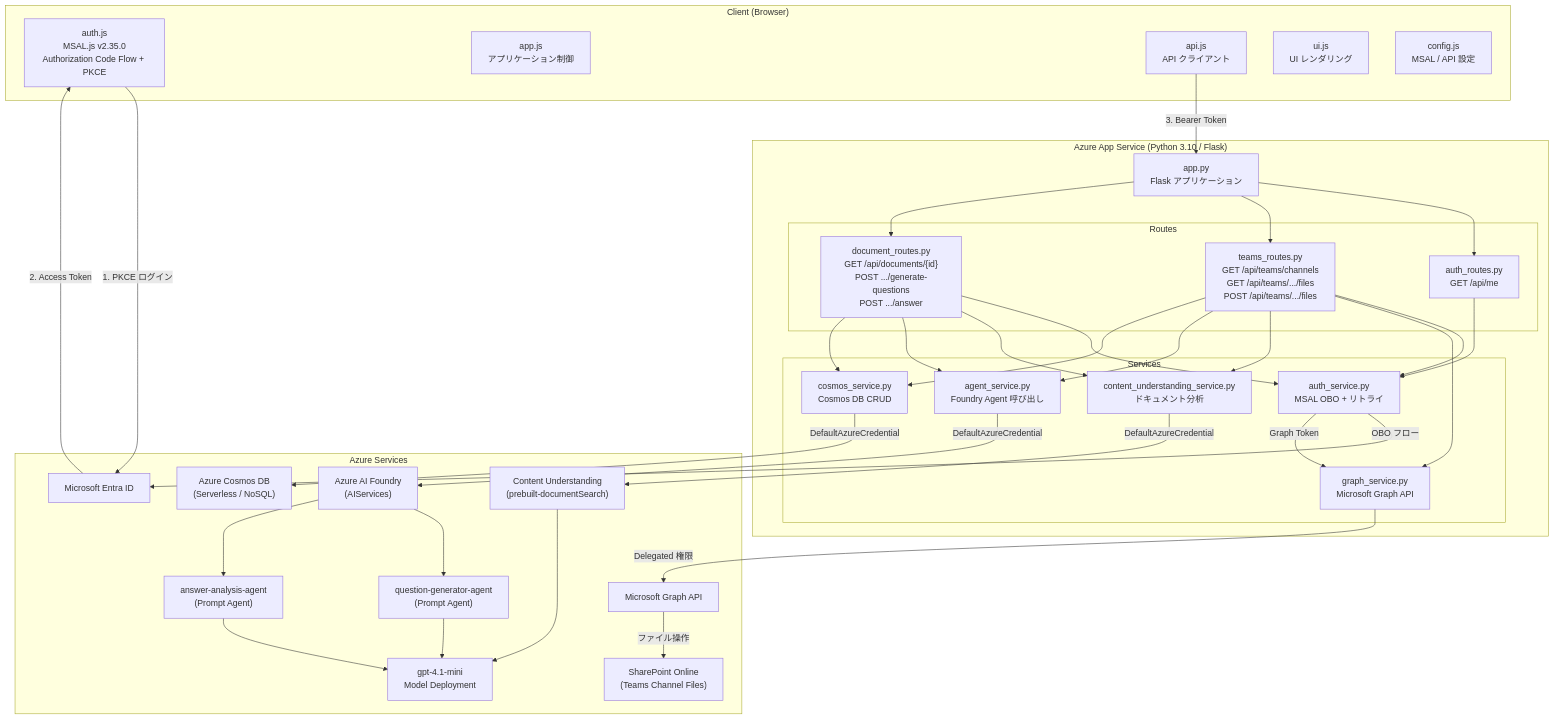
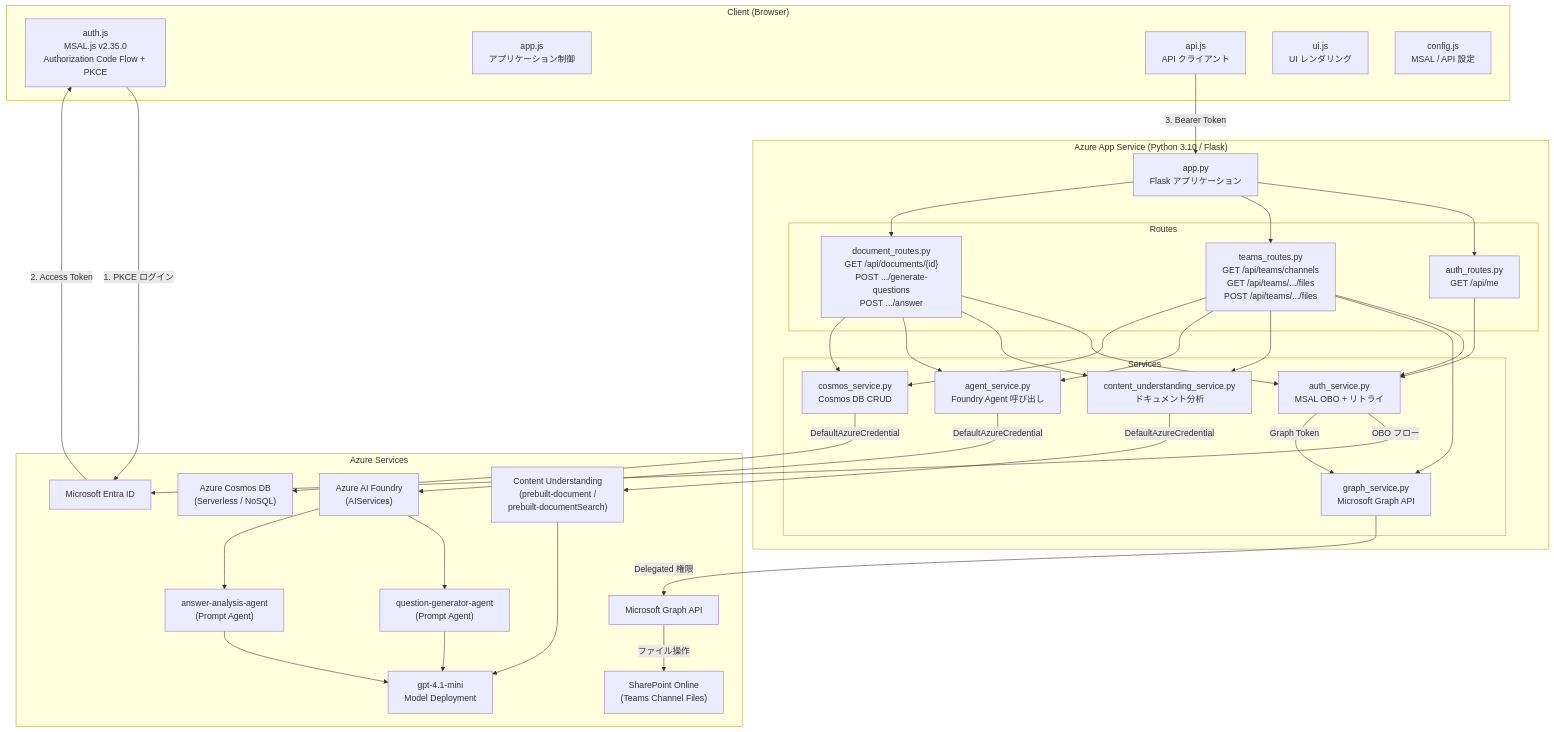
The first of 20 diagrams in docs/ARCHITECTURE.md (hatasaki/Manufacturing-Intelligent-Document-Management), drawn with Mermaid before and after one commit. The commit also changed other lines of this file and 8 other files, not shown here.

````diff
--- a/docs/ARCHITECTURE.md
+++ b/docs/ARCHITECTURE.md
@@ -9,74 +9,74 @@
 ```mermaid
 graph TB
     subgraph "Client (Browser)"
         FE_AUTH["auth.js<br/>MSAL.js v2.35.0<br/>Authorization Code Flow + PKCE"]
         FE_APP["app.js<br/>アプリケーション制御"]
         FE_API["api.js<br/>API クライアント"]
         FE_UI["ui.js<br/>UI レンダリング"]
         FE_CONFIG["config.js<br/>MSAL / API 設定"]
     end
 
     subgraph "Azure App Service (Python 3.10 / Flask)"
         BE_APP["app.py<br/>Flask アプリケーション"]
         subgraph "Routes"
             AUTH_ROUTE["auth_routes.py<br/>GET /api/me"]
             TEAMS_ROUTE["teams_routes.py<br/>GET /api/teams/channels<br/>GET /api/teams/.../files<br/>POST /api/teams/.../files"]
             DOC_ROUTE["document_routes.py<br/>GET /api/documents/{id}<br/>POST .../generate-questions<br/>POST .../answer"]
         end
         subgraph "Services"
             AUTH_SVC["auth_service.py<br/>MSAL OBO + リトライ"]
             GRAPH_SVC["graph_service.py<br/>Microsoft Graph API"]
             COSMOS_SVC["cosmos_service.py<br/>Cosmos DB CRUD"]
             CU_SVC["content_understanding_service.py<br/>ドキュメント分析"]
             AGENT_SVC["agent_service.py<br/>Foundry Agent 呼び出し"]
         end
     end
 
     subgraph "Azure Services"
         ENTRA["Microsoft Entra ID"]
         GRAPH["Microsoft Graph API"]
         SP["SharePoint Online<br/>(Teams Channel Files)"]
         COSMOS["Azure Cosmos DB<br/>(Serverless / NoSQL)"]
         FOUNDRY["Azure AI Foundry<br/>(AIServices)"]
-        CU["Content Understanding<br/>(prebuilt-documentSearch)"]
+        CU["Content Understanding<br/>(prebuilt-document /<br/>prebuilt-documentSearch)"]
         AGENT_Q["question-generator-agent<br/>(Prompt Agent)"]
         AGENT_A["answer-analysis-agent<br/>(Prompt Agent)"]
         GPT["gpt-4.1-mini<br/>Model Deployment"]
     end
 
     FE_AUTH -->|"1. PKCE ログイン"| ENTRA
     ENTRA -->|"2. Access Token"| FE_AUTH
     FE_API -->|"3. Bearer Token"| BE_APP
 
     BE_APP --> AUTH_ROUTE
     BE_APP --> TEAMS_ROUTE
     BE_APP --> DOC_ROUTE
 
     AUTH_ROUTE --> AUTH_SVC
     TEAMS_ROUTE --> AUTH_SVC
     DOC_ROUTE --> AUTH_SVC
 
     AUTH_SVC -->|"OBO フロー"| ENTRA
     AUTH_SVC -->|"Graph Token"| GRAPH_SVC
 
     GRAPH_SVC -->|"Delegated 権限"| GRAPH
     GRAPH -->|"ファイル操作"| SP
 
     DOC_ROUTE --> CU_SVC
     DOC_ROUTE --> AGENT_SVC
     DOC_ROUTE --> COSMOS_SVC
     TEAMS_ROUTE --> GRAPH_SVC
     TEAMS_ROUTE --> CU_SVC
     TEAMS_ROUTE --> AGENT_SVC
     TEAMS_ROUTE --> COSMOS_SVC
 
     CU_SVC -->|"DefaultAzureCredential"| CU
     AGENT_SVC -->|"DefaultAzureCredential"| FOUNDRY
     COSMOS_SVC -->|"DefaultAzureCredential"| COSMOS
 
     FOUNDRY --> AGENT_Q
     FOUNDRY --> AGENT_A
     AGENT_Q --> GPT
     AGENT_A --> GPT
     CU --> GPT
 ```
````
